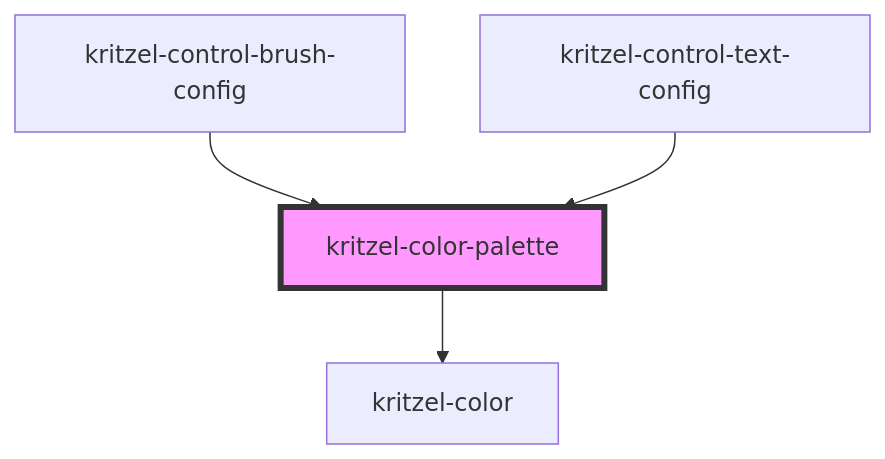
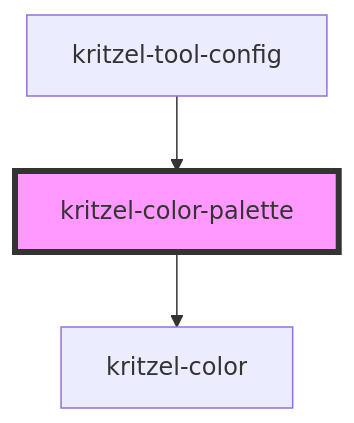
Before and after one commit to kasual1/kritzel: the diagram in libs/kritzel-stencil/src/components/shared/kritzel-color-palette/readme.md, drawn with Mermaid. The commit also changed other lines of this file and 20 other files, not shown here.

````diff
--- a/libs/kritzel-stencil/src/components/shared/kritzel-color-palette/readme.md
+++ b/libs/kritzel-stencil/src/components/shared/kritzel-color-palette/readme.md
@@ -37,7 +37,6 @@
 ```mermaid
 graph TD;
   kritzel-color-palette --> kritzel-color
-  kritzel-control-brush-config --> kritzel-color-palette
-  kritzel-control-text-config --> kritzel-color-palette
+  kritzel-tool-config --> kritzel-color-palette
   style kritzel-color-palette fill:#f9f,stroke:#333,stroke-width:4px
 ```
````
